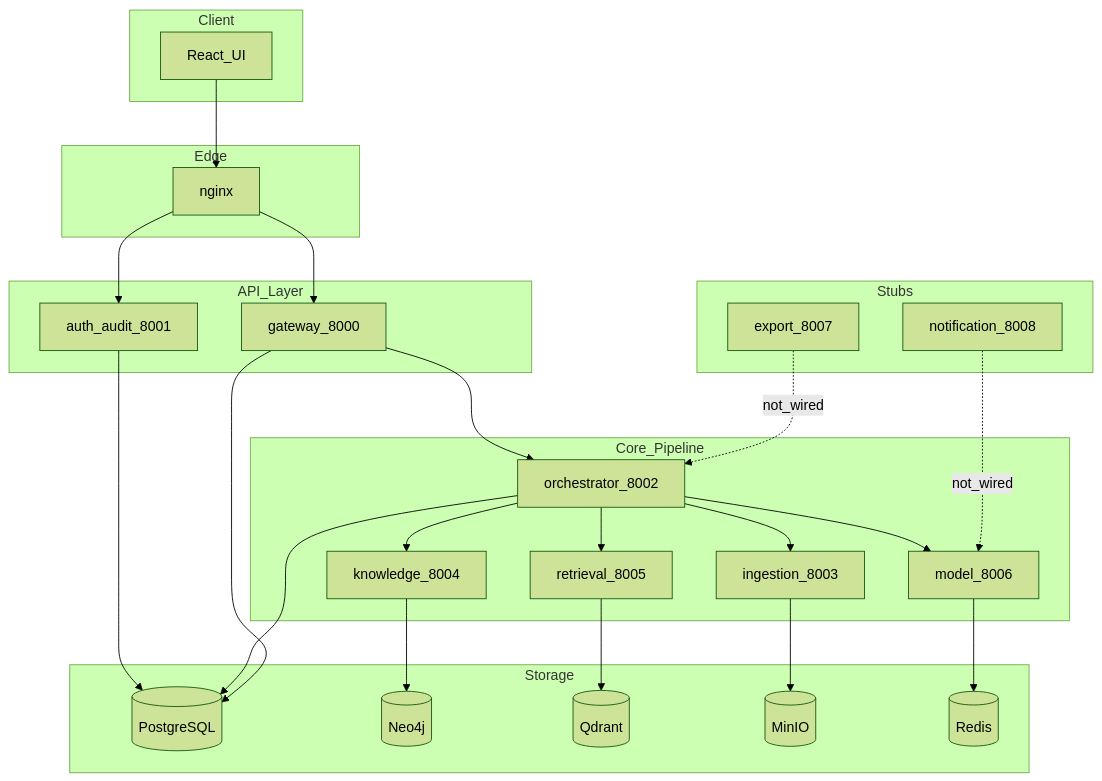
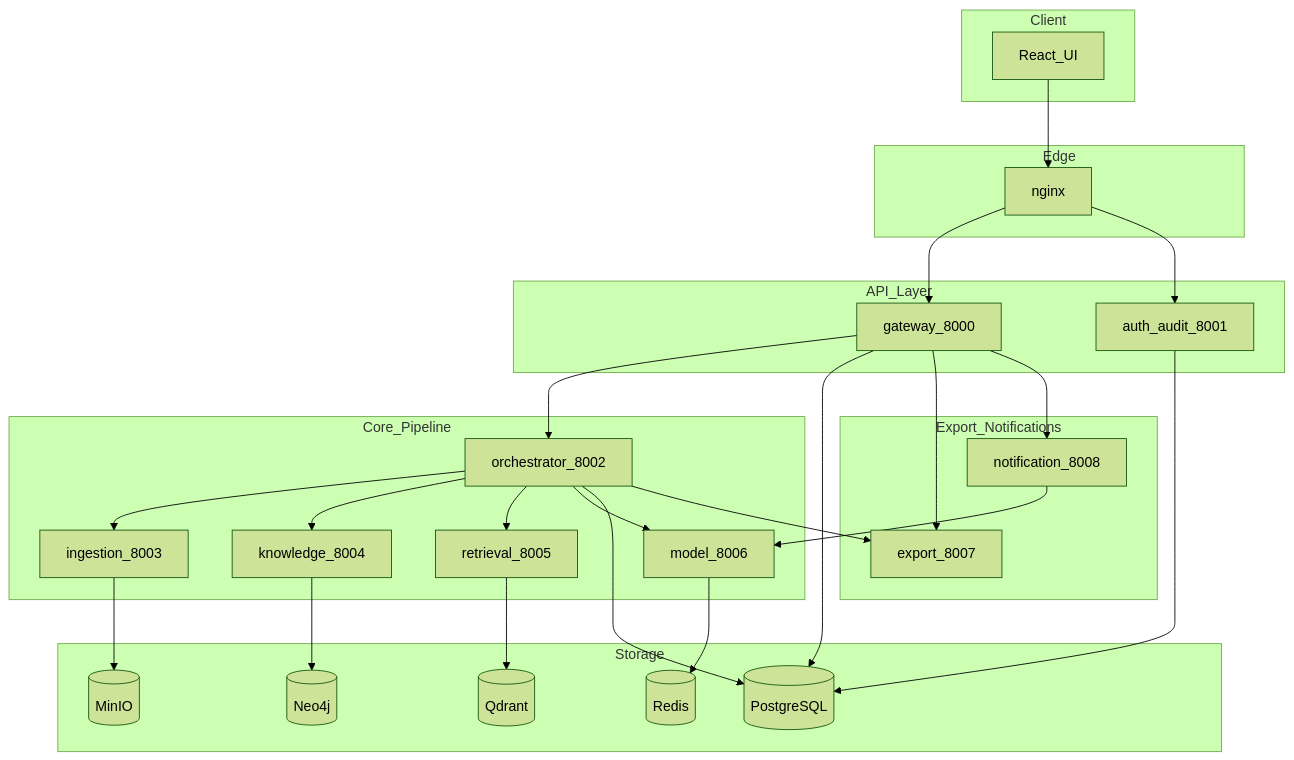
One commit to EstrNous/ScientificTangle changed the first of 2 diagrams in docs/agent_context/implementation_quality_report.md. Above: the diagram before and after it, drawn with Mermaid (forest theme). The commit also changed other lines of this file and 12 other files, not shown here.

````diff
--- a/docs/agent_context/implementation_quality_report.md
+++ b/docs/agent_context/implementation_quality_report.md
@@ -82,49 +82,51 @@
 ```mermaid
 flowchart TB
   subgraph client [Client]
     UI[React_UI]
   end
   subgraph edge [Edge]
     Nginx[nginx]
   end
   subgraph api [API_Layer]
     GW[gateway_8000]
     Auth[auth_audit_8001]
   end
   subgraph core [Core_Pipeline]
     Orch[orchestrator_8002]
     Ingest[ingestion_8003]
     Know[knowledge_8004]
     Retr[retrieval_8005]
     Model[model_8006]
   end
   subgraph storage [Storage]
     PG[(PostgreSQL)]
     Neo4j[(Neo4j)]
     Qdrant[(Qdrant)]
     MinIO[(MinIO)]
     Redis[(Redis)]
   end
-  subgraph stubs [Stubs]
+  subgraph product_events [Export_Notifications]
     Export[export_8007]
     Notif[notification_8008]
   end
 
   UI --> Nginx
   Nginx --> GW
   Nginx --> Auth
   GW --> Orch
   Orch --> Ingest
   Orch --> Know
   Orch --> Retr
   Orch --> Model
   Ingest --> MinIO
   Know --> Neo4j
   Retr --> Qdrant
   Model --> Redis
   Auth --> PG
   Orch --> PG
   GW --> PG
-  Export -.->|not_wired| Orch
-  Notif -.->|not_wired| Model
+  Orch --> Export
+  GW --> Export
+  GW --> Notif
+  Notif --> Model
 ```
````
